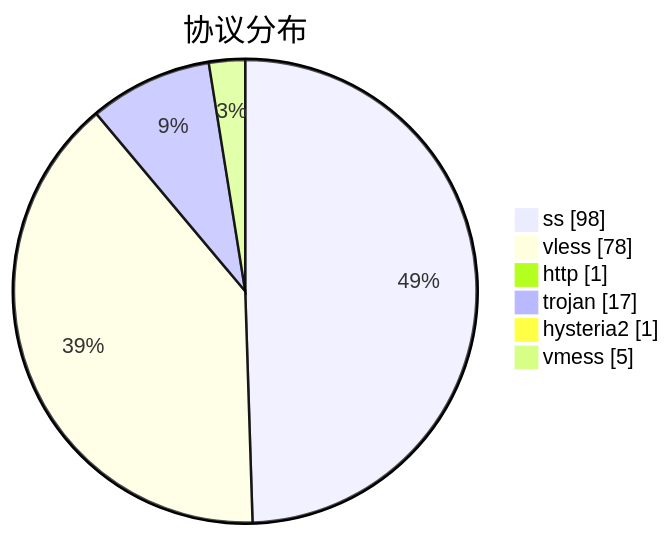
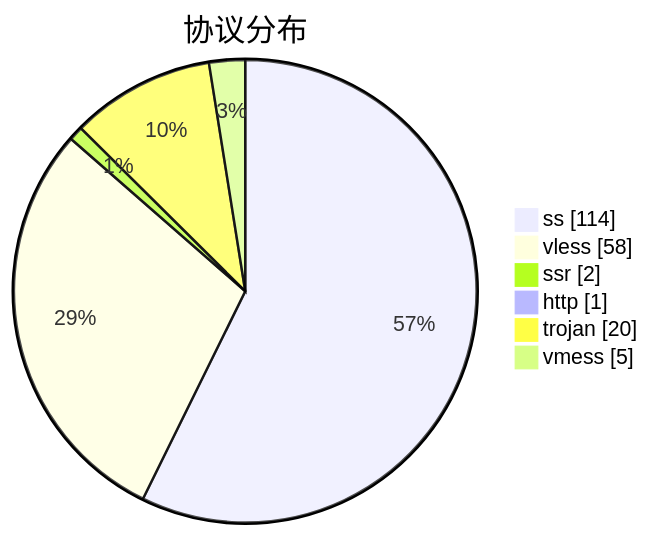
The third of 3 diagrams in subs/statistics/tested_within.md (qjlxg/airport), drawn with Mermaid before and after one commit. The commit also changed other lines of this file and 2 other files, not shown here.

````diff
--- a/subs/statistics/tested_within.md
+++ b/subs/statistics/tested_within.md
@@ -26,10 +28,10 @@
 ```mermaid
 pie showData
 title 协议分布
-"ss" : 98
-"vless" : 78
+"ss" : 114
+"vless" : 58
+"ssr" : 2
 "http" : 1
-"trojan" : 17
-"hysteria2" : 1
+"trojan" : 20
 "vmess" : 5
 ```
````
